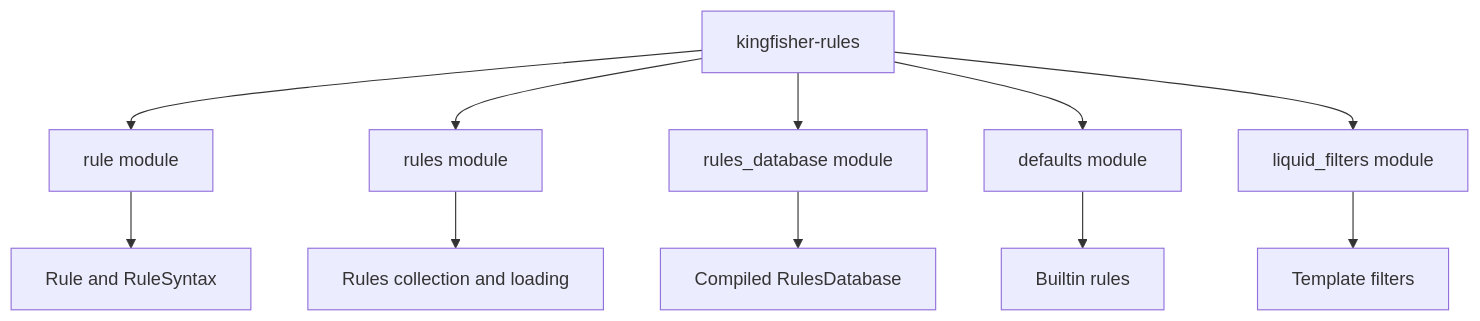
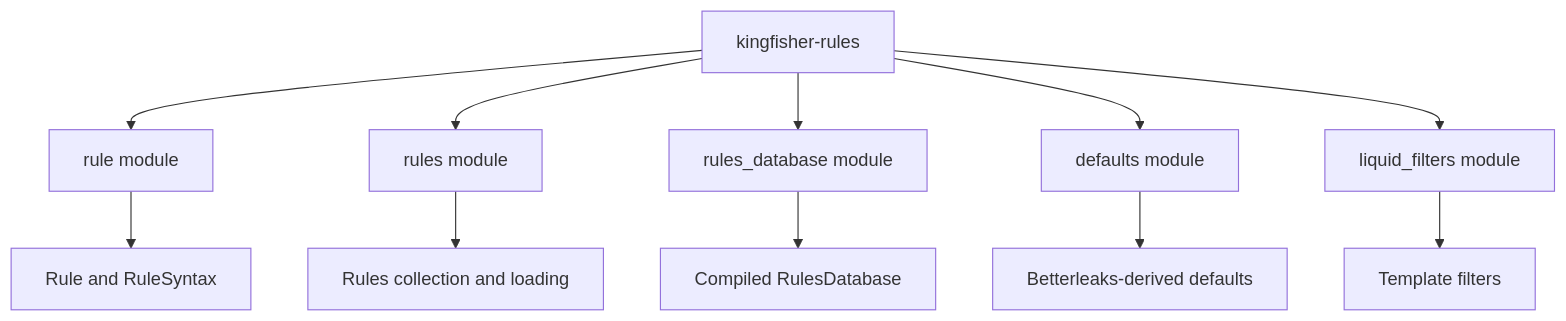
The third of 4 diagrams in docs-site/docs/reference/library.md (mongodb/kingfisher), drawn with Mermaid before and after one commit. The commit also changed other lines of this file and 795 other files, not shown here.

````diff
--- a/docs-site/docs/reference/library.md
+++ b/docs-site/docs/reference/library.md
@@ -248,21 +242,21 @@
 ```mermaid
 flowchart TD
     Rules[kingfisher-rules]
     RuleMod[rule module]
     RulesMod[rules module]
     Db[rules_database module]
     Defaults[defaults module]
     Liquid[liquid_filters module]
 
     Rules --> RuleMod
     Rules --> RulesMod
     Rules --> Db
     Rules --> Defaults
     Rules --> Liquid
 
     RuleMod --> Syntax[Rule and RuleSyntax]
     RulesMod --> Collections[Rules collection and loading]
     Db --> Compiled[Compiled RulesDatabase]
-    Defaults --> Builtins[Builtin rules]
+    Defaults --> Builtins[Betterleaks-derived defaults]
     Liquid --> Filters[Template filters]
 ```
````
